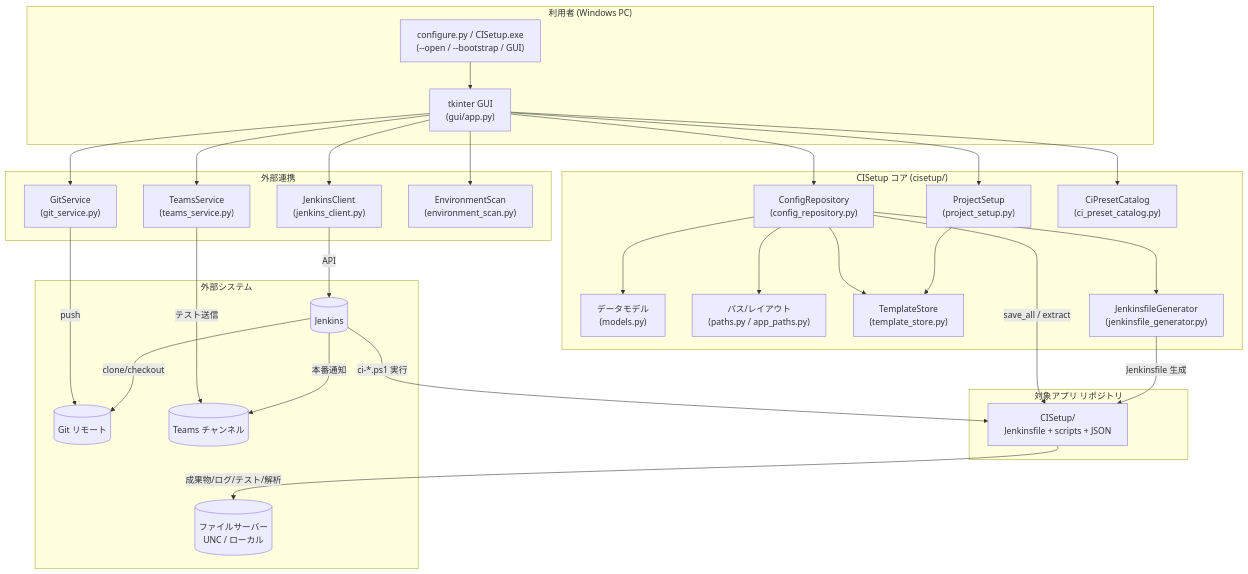
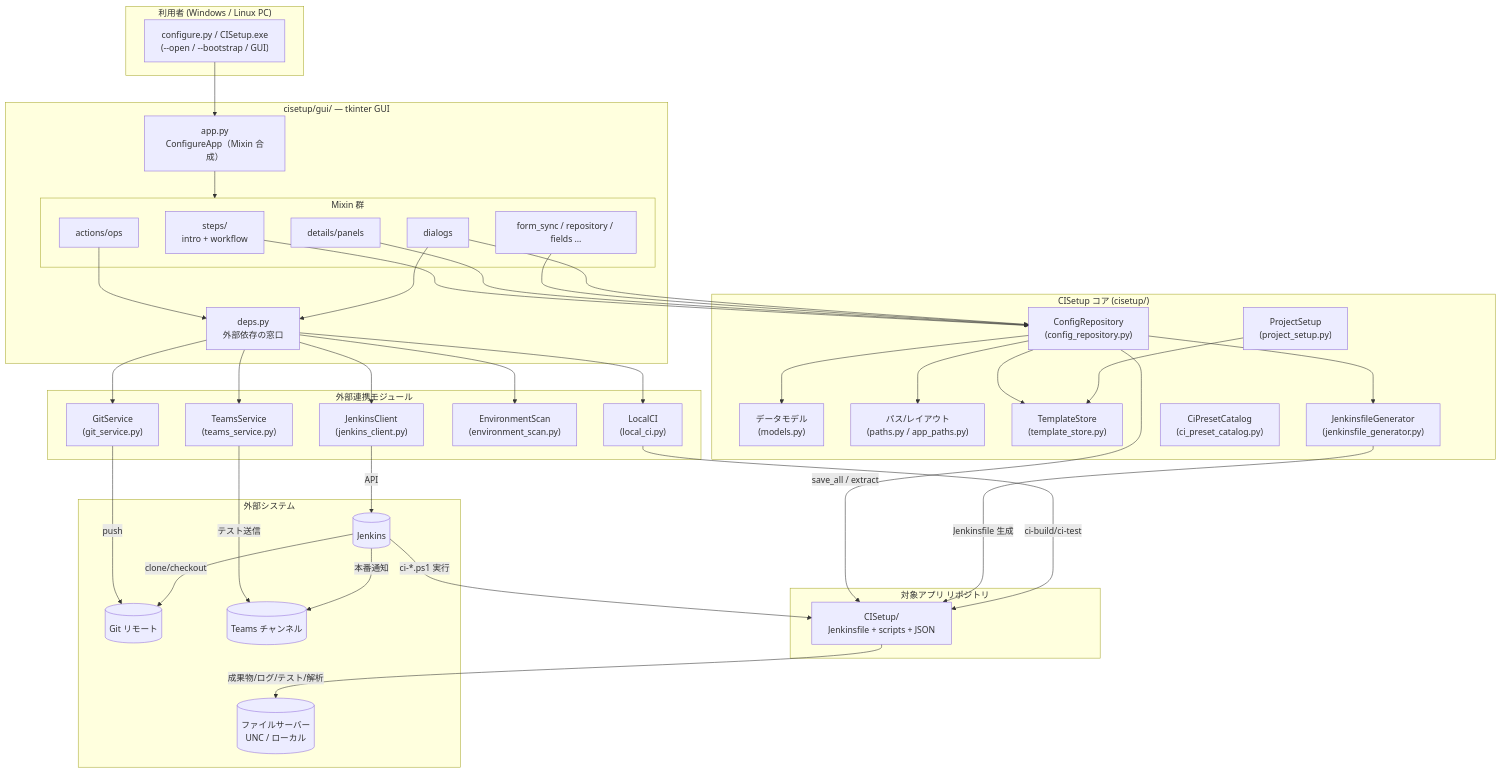
Before and after one commit to gt-ynakamatsu/ci-setup-tool: the first of 13 diagrams in docs/DESIGN.md, drawn with Mermaid. The commit also changed other lines of this file and 3 other files, not shown here.

````diff
--- a/docs/DESIGN.md
+++ b/docs/DESIGN.md
@@ -104,49 +104,66 @@
 ```mermaid
 flowchart TB
-    subgraph User["利用者 (Windows PC)"]
+    subgraph User["利用者 (Windows / Linux PC)"]
         CLI["configure.py / CISetup.exe<br/>(--open / --bootstrap / GUI)"]
-        GUI["tkinter GUI<br/>(gui/app.py)"]
+    end
+
+    subgraph GUIPkg["cisetup/gui/ — tkinter GUI"]
+        APP["app.py<br/>ConfigureApp（Mixin 合成）"]
+        subgraph Mixins["Mixin 群"]
+            STEPS["steps/<br/>intro + workflow"]
+            DET["details/panels"]
+            OPS["actions/ops"]
+            SYNC["form_sync / repository / fields …"]
+            DLG["dialogs"]
+        end
+        DEPS["deps.py<br/>外部依存の窓口"]
     end
 
     subgraph Core["CISetup コア (cisetup/)"]
         REPO["ConfigRepository<br/>(config_repository.py)"]
         MODELS["データモデル<br/>(models.py)"]
         PATHS["パス/レイアウト<br/>(paths.py / app_paths.py)"]
         TS["TemplateStore<br/>(template_store.py)"]
         PS["ProjectSetup<br/>(project_setup.py)"]
         JFG["JenkinsfileGenerator<br/>(jenkinsfile_generator.py)"]
         PRESET["CiPresetCatalog<br/>(ci_preset_catalog.py)"]
     end
 
-    subgraph Integrations["外部連携"]
+    subgraph Integrations["外部連携モジュール"]
         JC["JenkinsClient<br/>(jenkins_client.py)"]
         GS["GitService<br/>(git_service.py)"]
         TEAMS["TeamsService<br/>(teams_service.py)"]
         ENV["EnvironmentScan<br/>(environment_scan.py)"]
+        LC["LocalCI<br/>(local_ci.py)"]
     end
 
     subgraph Repo["対象アプリ リポジトリ"]
         CIDIR["CISetup/<br/>Jenkinsfile + scripts + JSON"]
     end
 
     subgraph External["外部システム"]
         JENKINS[("Jenkins")]
         GIT[("Git リモート")]
         TEAMSCH[("Teams チャンネル")]
         FS[("ファイルサーバー<br/>UNC / ローカル")]
     end
 
-    CLI --> GUI
-    GUI --> REPO & JC & GS & TEAMS & ENV & PS & PRESET
+    CLI --> APP
+    APP --> Mixins
+    STEPS & DET & SYNC & DLG --> REPO
+    OPS --> DEPS
+    DLG --> DEPS
+    DEPS --> JC & GS & TEAMS & ENV & LC
     REPO --> MODELS & PATHS & TS & JFG
     PS --> TS
     REPO -->|save_all / extract| CIDIR
     JFG -->|Jenkinsfile 生成| CIDIR
     JC -->|API| JENKINS
     GS -->|push| GIT
     TEAMS -->|テスト送信| TEAMSCH
+    LC -->|ci-build/ci-test| CIDIR
     JENKINS -->|clone/checkout| GIT
     JENKINS -->|"ci-*.ps1 実行"| CIDIR
     CIDIR -->|"成果物/ログ/テスト/解析"| FS
     JENKINS -->|本番通知| TEAMSCH
 ```
````
